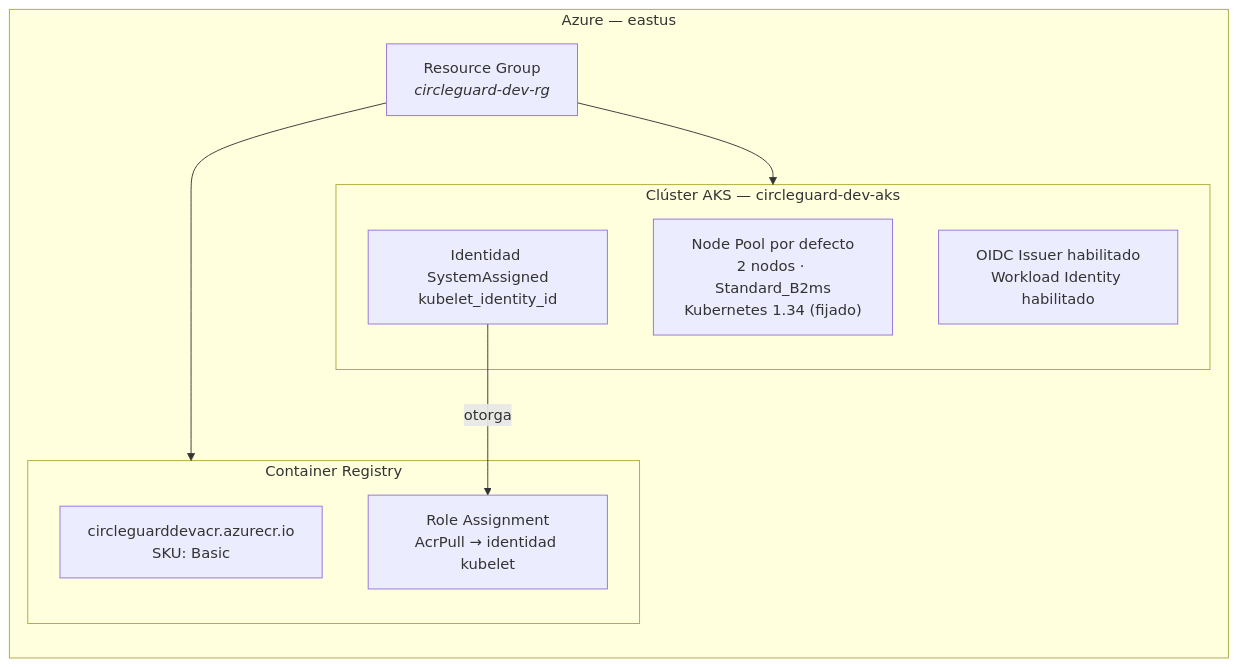
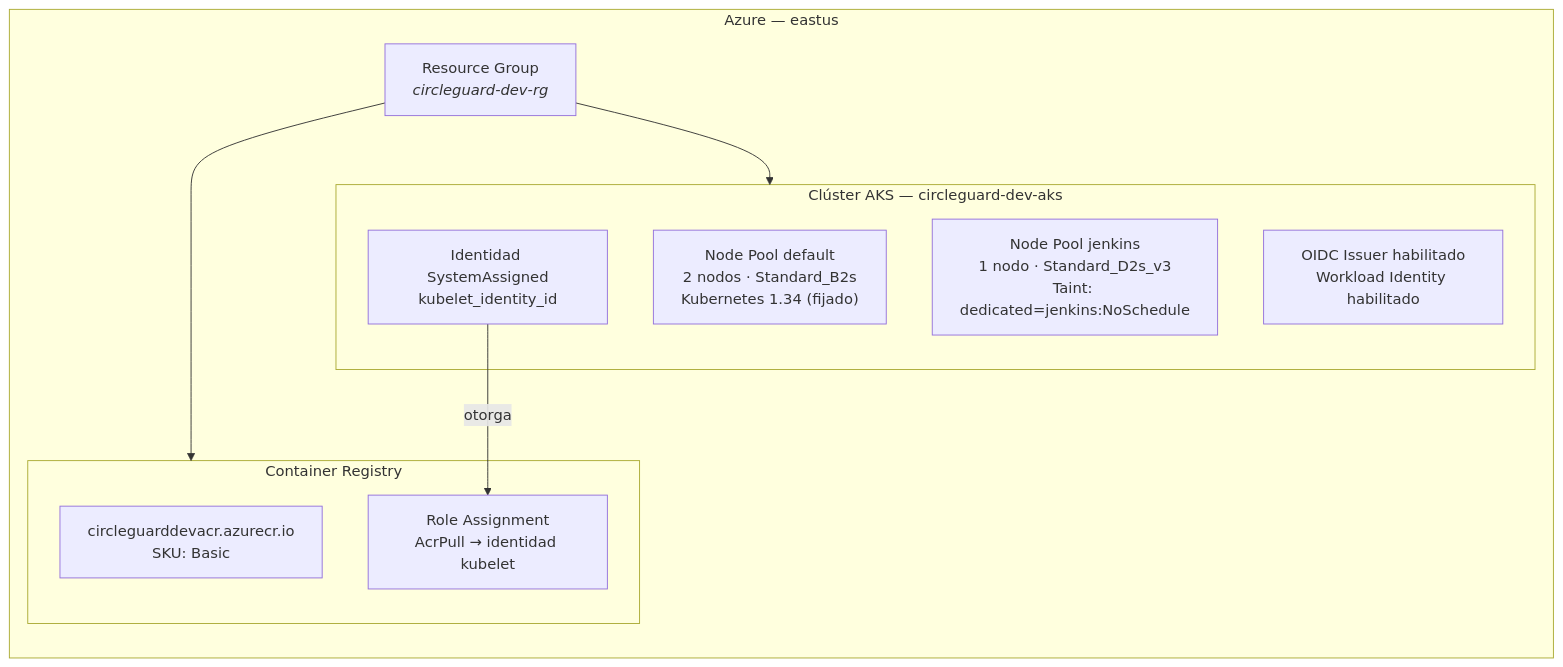
One commit to Electromayonaise/Circle-Guard-IngSoV changed the second of 4 diagrams in docs/diagrams/terraform-infrastructure.md. Above: the diagram before and after it, drawn with Mermaid. The commit also changed other lines of this file and 35 other files, not shown here.

````diff
--- a/docs/diagrams/terraform-infrastructure.md
+++ b/docs/diagrams/terraform-infrastructure.md
@@ -45,21 +46,22 @@
 ```mermaid
 graph LR
     subgraph AZ["Azure — eastus"]
         RG["Resource Group<br/><i>circleguard-dev-rg</i>"]
 
         subgraph AKS_BOX["Clúster AKS — circleguard-dev-aks"]
-            NP["Node Pool por defecto<br/>2 nodos · Standard_B2ms<br/>Kubernetes 1.34 (fijado)"]
+            NP["Node Pool default<br/>2 nodos · Standard_B2s<br/>Kubernetes 1.34 (fijado)"]
+            NP_J["Node Pool jenkins<br/>1 nodo · Standard_D2s_v3<br/>Taint: dedicated=jenkins:NoSchedule"]
             OID["OIDC Issuer habilitado<br/>Workload Identity habilitado"]
             ID["Identidad SystemAssigned<br/>kubelet_identity_id"]
         end
 
         subgraph ACR_BOX["Container Registry"]
             ACR_NAME["circleguarddevacr.azurecr.io<br/>SKU: Basic"]
             ROLE["Role Assignment<br/>AcrPull → identidad kubelet"]
         end
 
         RG --> AKS_BOX
         RG --> ACR_BOX
         ID -->|"otorga"| ROLE
     end
 ```
````
